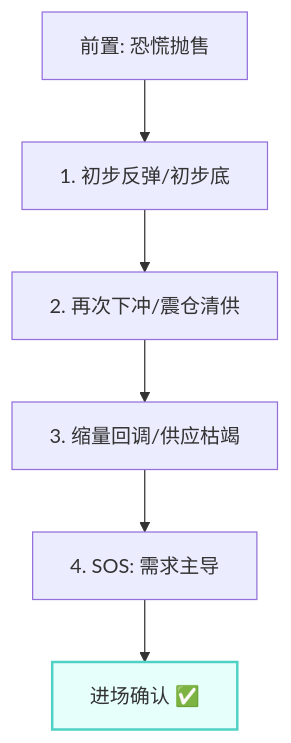
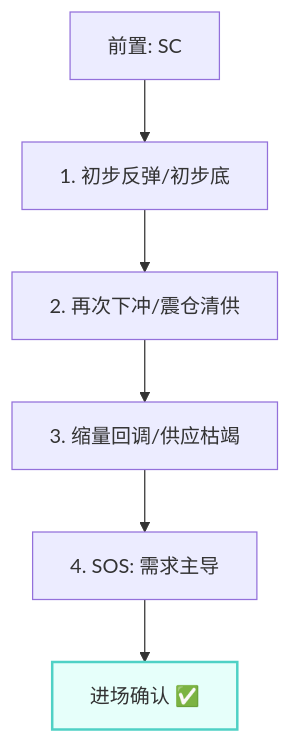
The second of 3 diagrams in docs/第一章_聪明钱解读市场的工具/第七节_因果关系.md (bigzhu/Wyckoff), drawn with Mermaid before and after one commit. The commit also changed other lines of this file and 10 other files, not shown here.

````diff
--- a/docs/第一章_聪明钱解读市场的工具/第七节_因果关系.md
+++ b/docs/第一章_聪明钱解读市场的工具/第七节_因果关系.md
@@ -107,9 +107,9 @@
 ```mermaid
 graph TD
-    S0["前置: 恐慌抛售"] --> S1[1. 初步反弹/初步底]
+    S0["前置: SC"] --> S1[1. 初步反弹/初步底]
     S1 --> S2[2. 再次下冲/震仓清供]
     S2 --> S3[3. 缩量回调/供应枯竭]
     S3 --> S4["4. SOS: 需求主导"]
     S4 --> S5[进场确认 ✅]
     style S5 fill:#e6fffa,stroke:#4fd1c5,stroke-width:2px
 ```
````
